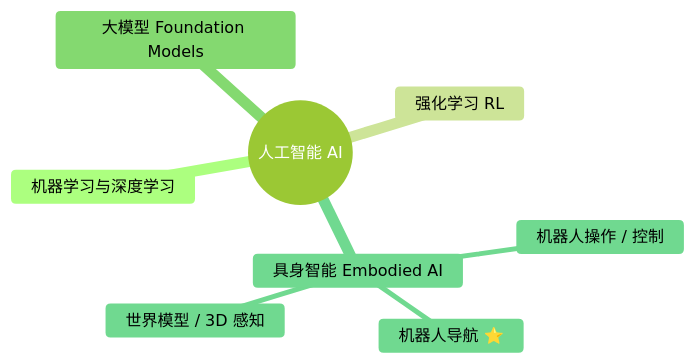
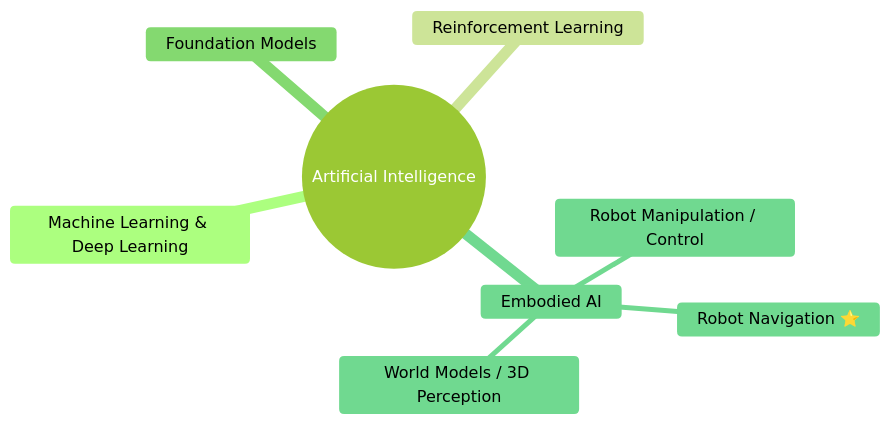
One commit to GrayLee1210/GrayLee1210 changed the first of 7 diagrams in README.md. Above: the diagram before and after it, drawn with Mermaid (forest theme). The commit also changed other lines of this file and 1 other file, not shown here.

````diff
--- a/README.md
+++ b/README.md
@@ -14,11 +27,11 @@
 ```mermaid
 mindmap
-  root((人工智能 AI))
-    机器学习与深度学习
-    强化学习 RL
-    大模型 Foundation Models
-    具身智能 Embodied AI
-      机器人操作 / 控制
-      机器人导航 ⭐
-      世界模型 / 3D 感知
+  root((Artificial Intelligence))
+    Machine Learning & Deep Learning
+    Reinforcement Learning
+    Foundation Models
+    Embodied AI
+      Robot Manipulation / Control
+      Robot Navigation ⭐
+      World Models / 3D Perception
 ```
````
